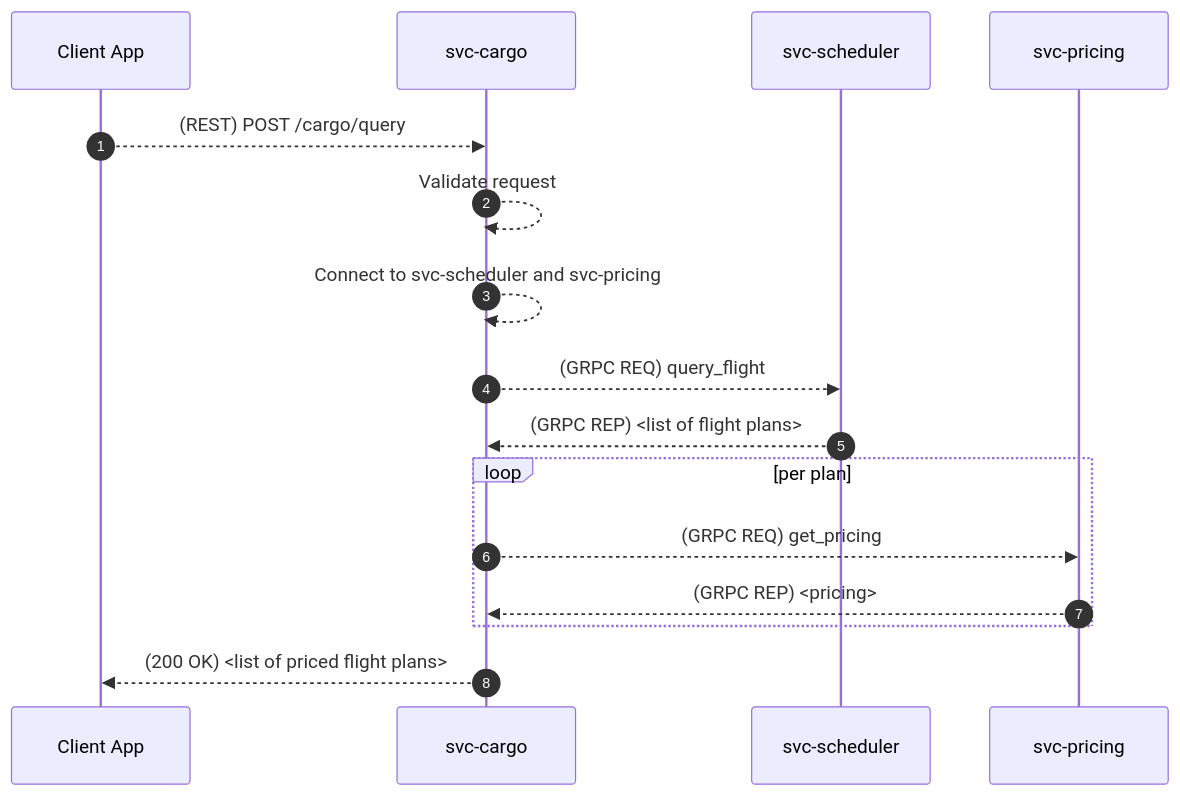
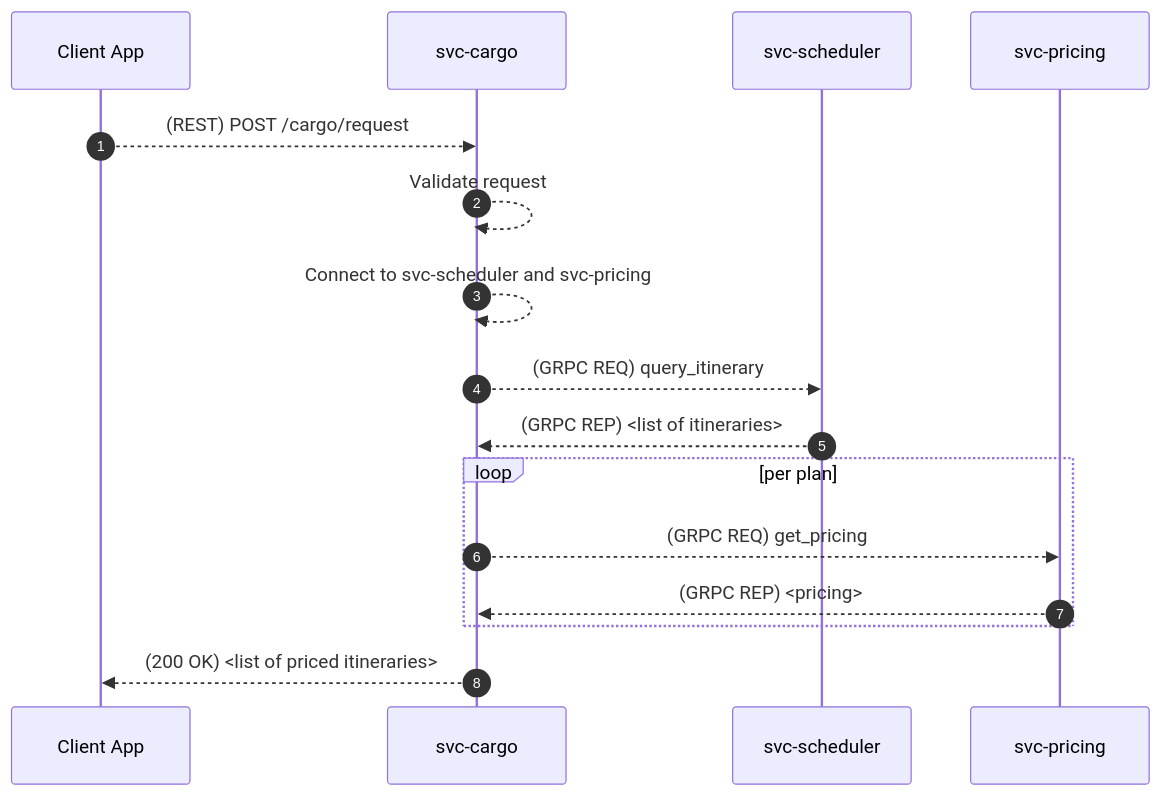
One commit to aetheric-oss/svc-cargo changed the fourth of 24 diagrams in docs/sdd.md. Above: the diagram before and after it, drawn with Mermaid. The commit also changed other lines of this file and 9 other files, not shown here.

````diff
--- a/docs/sdd.md
+++ b/docs/sdd.md
@@ -141,20 +125,20 @@
 ```mermaid
 sequenceDiagram
     autonumber
     participant client as Client App
     participant cargo as svc-cargo
     participant scheduler as svc-scheduler
     participant pricing as svc-pricing
-    client-->>cargo: (REST) POST /cargo/query
+    client-->>cargo: (REST) POST /cargo/request
     cargo-->>cargo: Validate request
     cargo-->>cargo: Connect to svc-scheduler and svc-pricing
-    cargo-->>scheduler: (GRPC REQ) query_flight
-    scheduler-->>cargo: (GRPC REP) <list of flight plans>
+    cargo-->>scheduler: (GRPC REQ) query_itinerary
+    scheduler-->>cargo: (GRPC REP) <list of itineraries>
 
     loop per plan
         cargo-->>pricing: (GRPC REQ) get_pricing
         pricing-->>cargo: (GRPC REP) <pricing>
     end
 
-    cargo-->>client: (200 OK) <list of priced flight plans>
+    cargo-->>client: (200 OK) <list of priced itineraries>
 ```
````
